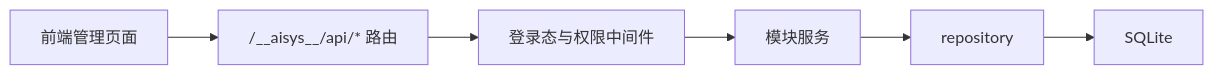
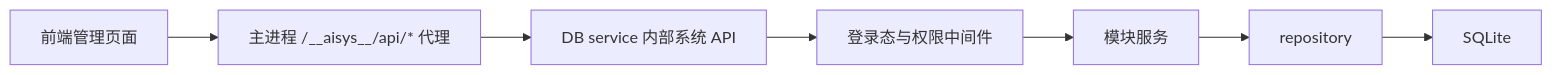
The first of 3 diagrams in docs/architecture/backend/README.md (huanmin123/juhe-ai), drawn with Mermaid before and after one commit. The commit also changed other lines of this file and 38 other files, not shown here.

First line of the commit message:
refactor(accounts): 重构账户视图组件逻辑

````diff
--- a/docs/architecture/backend/README.md
+++ b/docs/architecture/backend/README.md
@@ -85,8 +86,9 @@
 ```mermaid
 flowchart LR
-  Client["前端管理页面"] --> Api["/__aisys__/api/* 路由"]
+  Client["前端管理页面"] --> Proxy["主进程 /__aisys__/api/* 代理"]
+  Proxy --> Api["DB service 内部系统 API"]
   Api --> Auth["登录态与权限中间件"]
   Auth --> Service["模块服务"]
   Service --> Repo["repository"]
   Repo --> SQLite["SQLite"]
 ```
````
